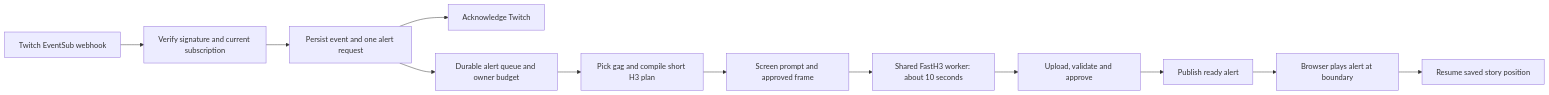
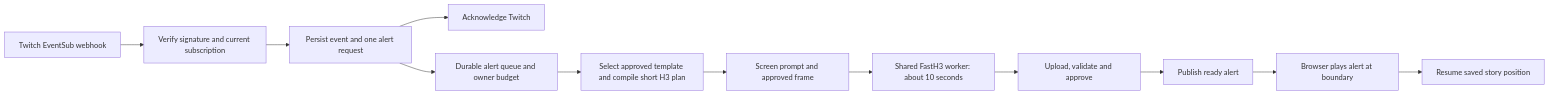
One commit to stale2000/sloptogether changed the diagram in docs/eventsub-subscriber-memes-plan.md. Above: the diagram before and after it, drawn with Mermaid. The commit also changed other lines of this file and 44 other files, not shown here.

````diff
--- a/docs/eventsub-subscriber-memes-plan.md
+++ b/docs/eventsub-subscriber-memes-plan.md
@@ -25,14 +23,14 @@
 ```mermaid
 flowchart LR
   T[Twitch EventSub webhook] --> V[Verify signature and current subscription]
   V --> R[Persist event and one alert request]
   R --> A[Acknowledge Twitch]
   R --> Q[Durable alert queue and owner budget]
-  Q --> P[Pick gag and compile short H3 plan]
+  Q --> P[Select approved template and compile short H3 plan]
   P --> S[Screen prompt and approved frame]
   S --> G[Shared FastH3 worker: about 10 seconds]
   G --> M[Upload, validate and approve]
   M --> H[Publish ready alert]
   H --> B[Browser plays alert at boundary]
   B --> C[Resume saved story position]
 ```
````
